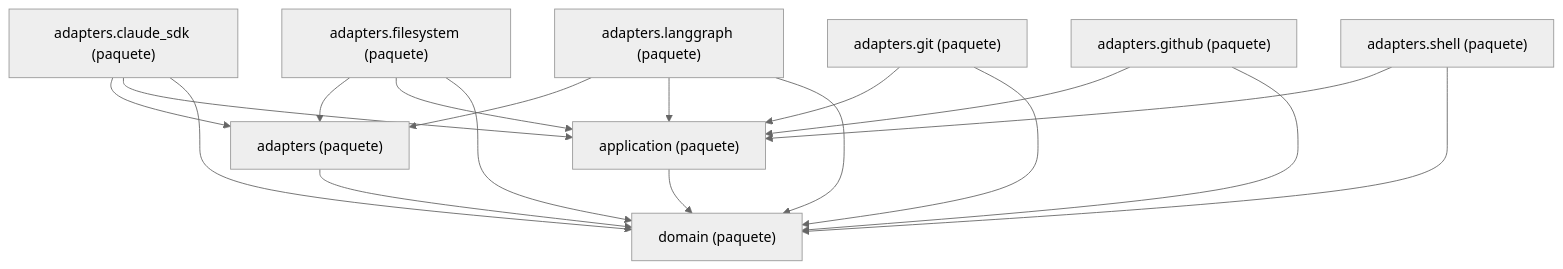
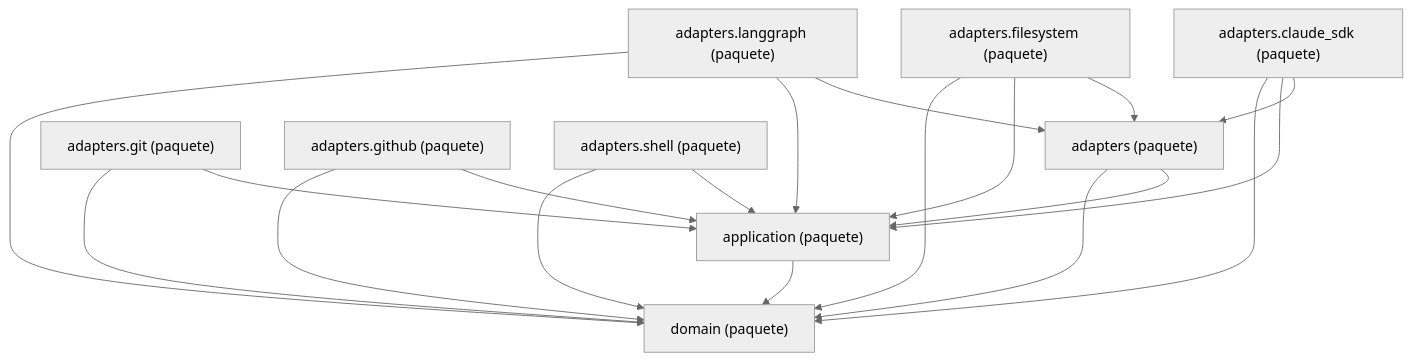
One commit to GonzaloZevallos/agentic-system changed the diagram in docs/architecture/generated/packages-process.md. Above: the diagram before and after it, drawn with Mermaid (neutral theme). The commit also changed 7 other files, not shown here.

````diff
--- a/docs/architecture/generated/packages-process.md
+++ b/docs/architecture/generated/packages-process.md
@@ -31,29 +31,30 @@
 ```mermaid
 graph TD
     g_pkg__adapters["adapters (paquete)"]
     g_pkg__adapters__claude_sdk["adapters.claude_sdk (paquete)"]
     g_pkg__adapters__filesystem["adapters.filesystem (paquete)"]
     g_pkg__adapters__git["adapters.git (paquete)"]
     g_pkg__adapters__github["adapters.github (paquete)"]
     g_pkg__adapters__langgraph["adapters.langgraph (paquete)"]
     g_pkg__adapters__shell["adapters.shell (paquete)"]
     g_pkg__application["application (paquete)"]
     g_pkg__domain["domain (paquete)"]
+    g_pkg__adapters --> g_pkg__application
     g_pkg__adapters --> g_pkg__domain
     g_pkg__adapters__claude_sdk --> g_pkg__adapters
     g_pkg__adapters__claude_sdk --> g_pkg__application
     g_pkg__adapters__claude_sdk --> g_pkg__domain
     g_pkg__adapters__filesystem --> g_pkg__adapters
     g_pkg__adapters__filesystem --> g_pkg__application
     g_pkg__adapters__filesystem --> g_pkg__domain
     g_pkg__adapters__git --> g_pkg__application
     g_pkg__adapters__git --> g_pkg__domain
     g_pkg__adapters__github --> g_pkg__application
     g_pkg__adapters__github --> g_pkg__domain
     g_pkg__adapters__langgraph --> g_pkg__adapters
     g_pkg__adapters__langgraph --> g_pkg__application
     g_pkg__adapters__langgraph --> g_pkg__domain
     g_pkg__adapters__shell --> g_pkg__application
     g_pkg__adapters__shell --> g_pkg__domain
     g_pkg__application --> g_pkg__domain
 ```
````
